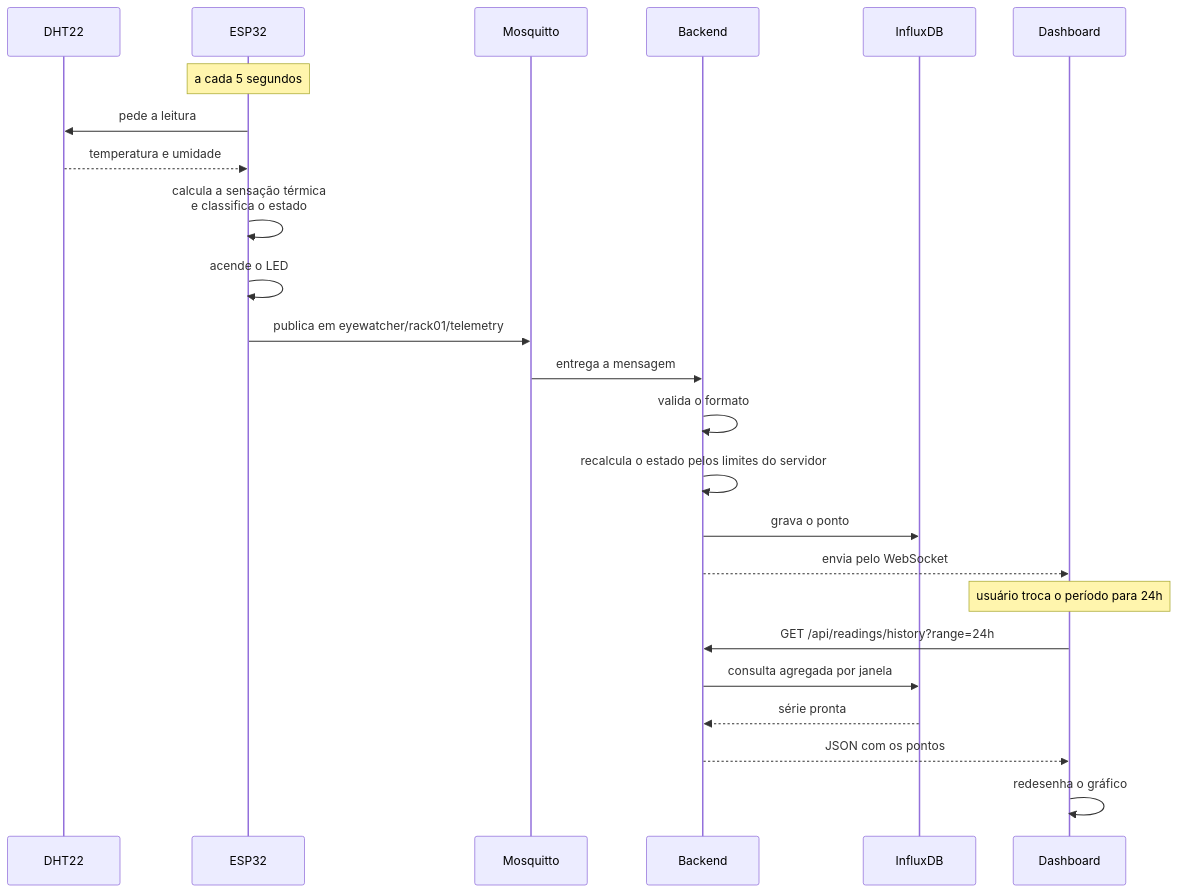
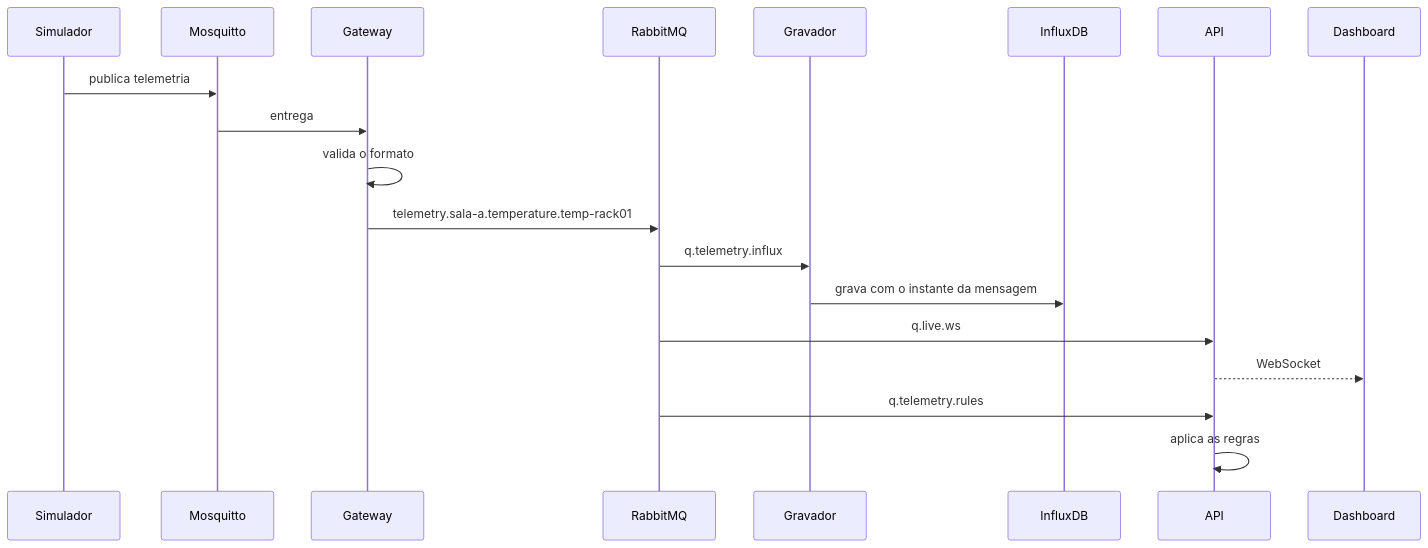
The first of 3 diagrams in docs/ARQUITETURA.md (dudumiranda3105/eyeWatcher), drawn with Mermaid before and after one commit. The commit also changed other lines of this file and 5 other files, not shown here.

````diff
--- a/docs/ARQUITETURA.md
+++ b/docs/ARQUITETURA.md
@@ -53,27 +14,22 @@
 ```mermaid
 sequenceDiagram
-    participant D as DHT22
-    participant E as ESP32
+    participant S as Simulador
     participant M as Mosquitto
-    participant B as Backend
+    participant G as Gateway
+    participant R as RabbitMQ
+    participant D as Gravador
     participant I as InfluxDB
+    participant A as API
     participant W as Dashboard
 
-    Note over E: a cada 5 segundos
-    E->>D: pede a leitura
-    D-->>E: temperatura e umidade
-    E->>E: calcula a sensação térmica<br/>e classifica o estado
-    E->>E: acende o LED
-    E->>M: publica em eyewatcher/rack01/telemetry
-    M->>B: entrega a mensagem
-    B->>B: valida o formato
-    B->>B: recalcula o estado pelos limites do servidor
-    B->>I: grava o ponto
-    B-->>W: envia pelo WebSocket
-    Note over W: usuário troca o período para 24h
-    W->>B: GET /api/readings/history?range=24h
-    B->>I: consulta agregada por janela
-    I-->>B: série pronta
-    B-->>W: JSON com os pontos
-    W->>W: redesenha o gráfico
+    S->>M: publica telemetria
+    M->>G: entrega
+    G->>G: valida o formato
+    G->>R: telemetry.sala-a.temperature.temp-rack01
+    R->>D: q.telemetry.influx
+    D->>I: grava com o instante da mensagem
+    R->>A: q.live.ws
+    A-->>W: WebSocket
+    R->>A: q.telemetry.rules
+    A->>A: aplica as regras
 ```
````
